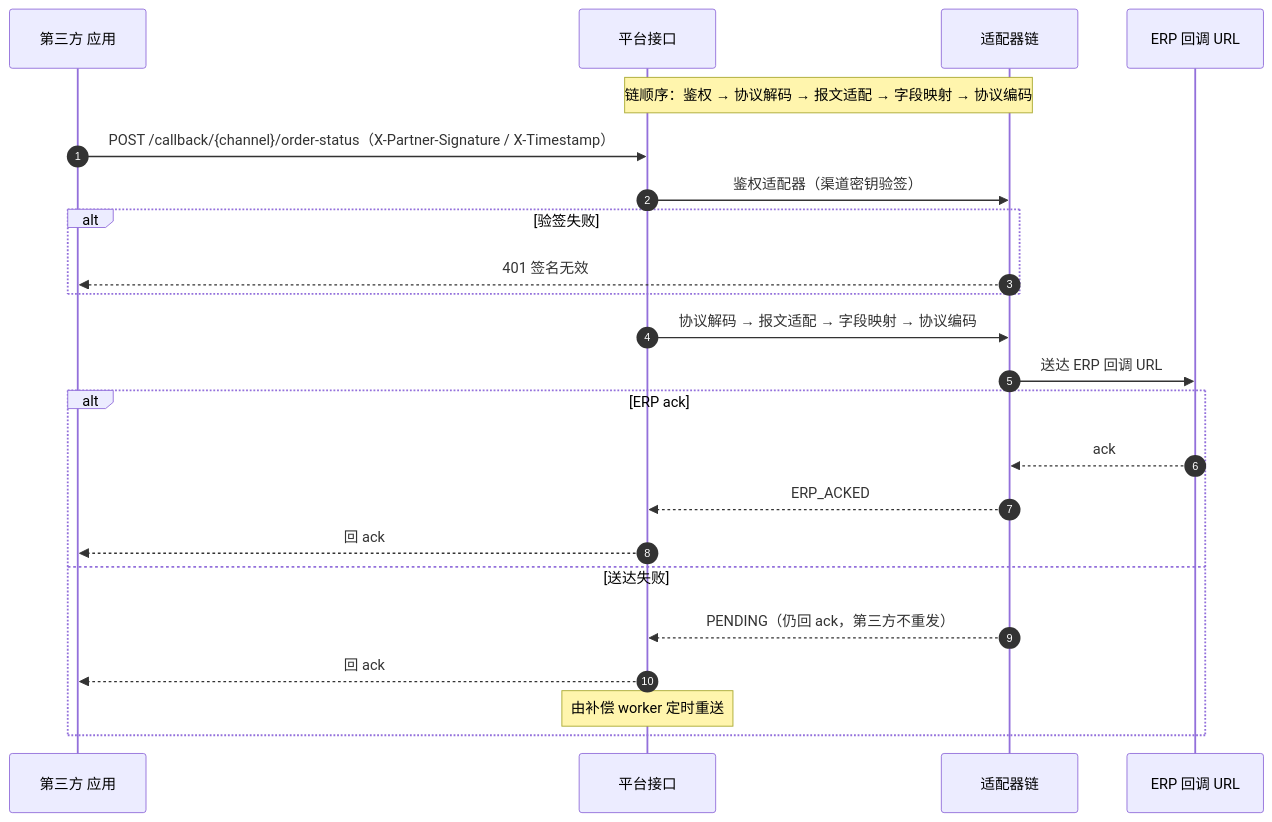
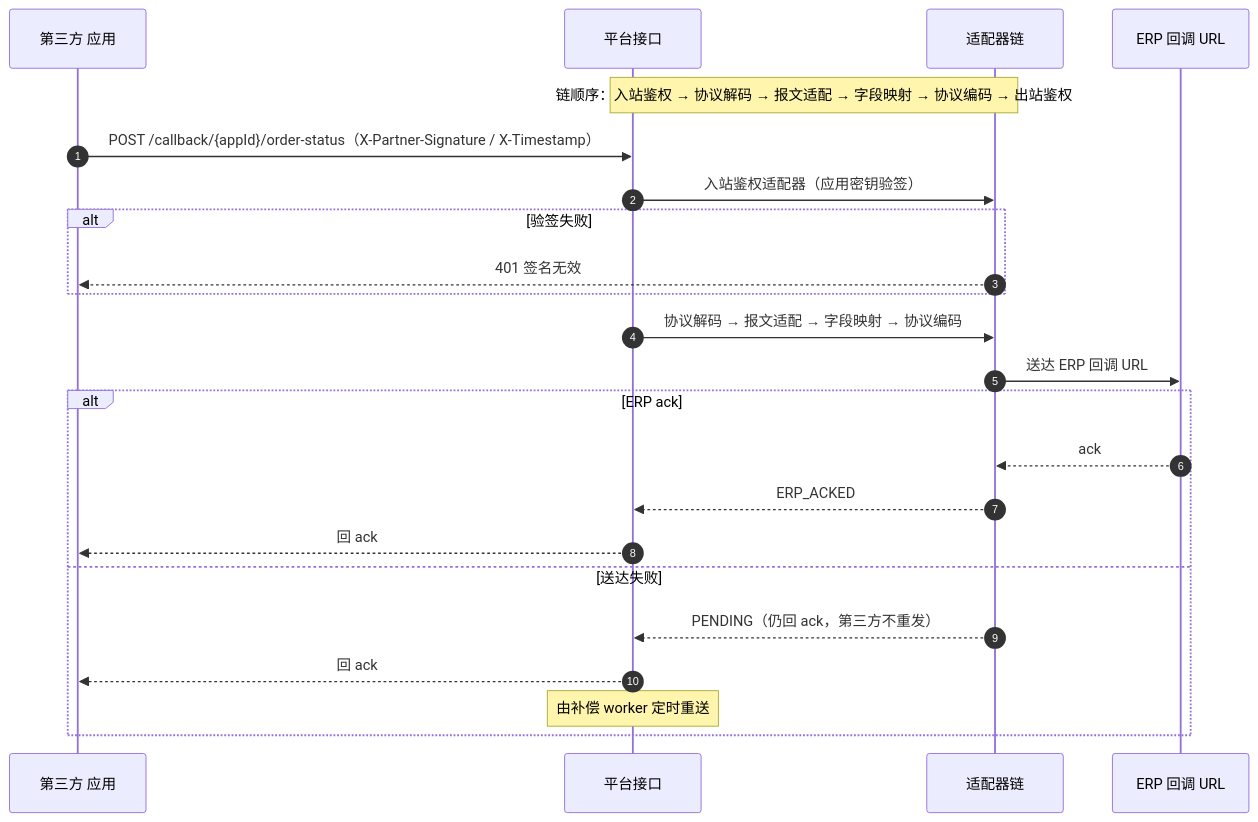
The third of 4 diagrams in src/main/resources/doc/API中心时序图与流程图.md (HelloWorldKing1/apicenter), drawn with Mermaid before and after one commit. The commit also changed other lines of this file and 2 other files, not shown here.

````diff
--- a/src/main/resources/doc/API中心时序图与流程图.md
+++ b/src/main/resources/doc/API中心时序图与流程图.md
@@ -66,26 +66,26 @@
 ```mermaid
 sequenceDiagram
     autonumber
     participant 第三方 as 第三方 应用
     participant GW as 平台接口
     participant 链 as 适配器链
     participant ERP as ERP 回调 URL
 
-    Note over GW,链: 链顺序：鉴权 → 协议解码 → 报文适配 → 字段映射 → 协议编码
-    第三方->>GW: POST /callback/{channel}/order-status（X-Partner-Signature / X-Timestamp）
-    GW->>链: 鉴权适配器（渠道密钥验签）
+    Note over GW,链: 链顺序：入站鉴权 → 协议解码 → 报文适配 → 字段映射 → 协议编码 → 出站鉴权
+    第三方->>GW: POST /callback/{appId}/order-status（X-Partner-Signature / X-Timestamp）
+    GW->>链: 入站鉴权适配器（应用密钥验签）
     alt 验签失败
         链-->>第三方: 401 签名无效
     end
     GW->>链: 协议解码 → 报文适配 → 字段映射 → 协议编码
     链->>ERP: 送达 ERP 回调 URL
     alt ERP ack
         ERP-->>链: ack
         链-->>GW: ERP_ACKED
         GW-->>第三方: 回 ack
     else 送达失败
         链-->>GW: PENDING（仍回 ack，第三方不重发）
         GW-->>第三方: 回 ack
         Note over GW: 由补偿 worker 定时重送
     end
 ```
````
